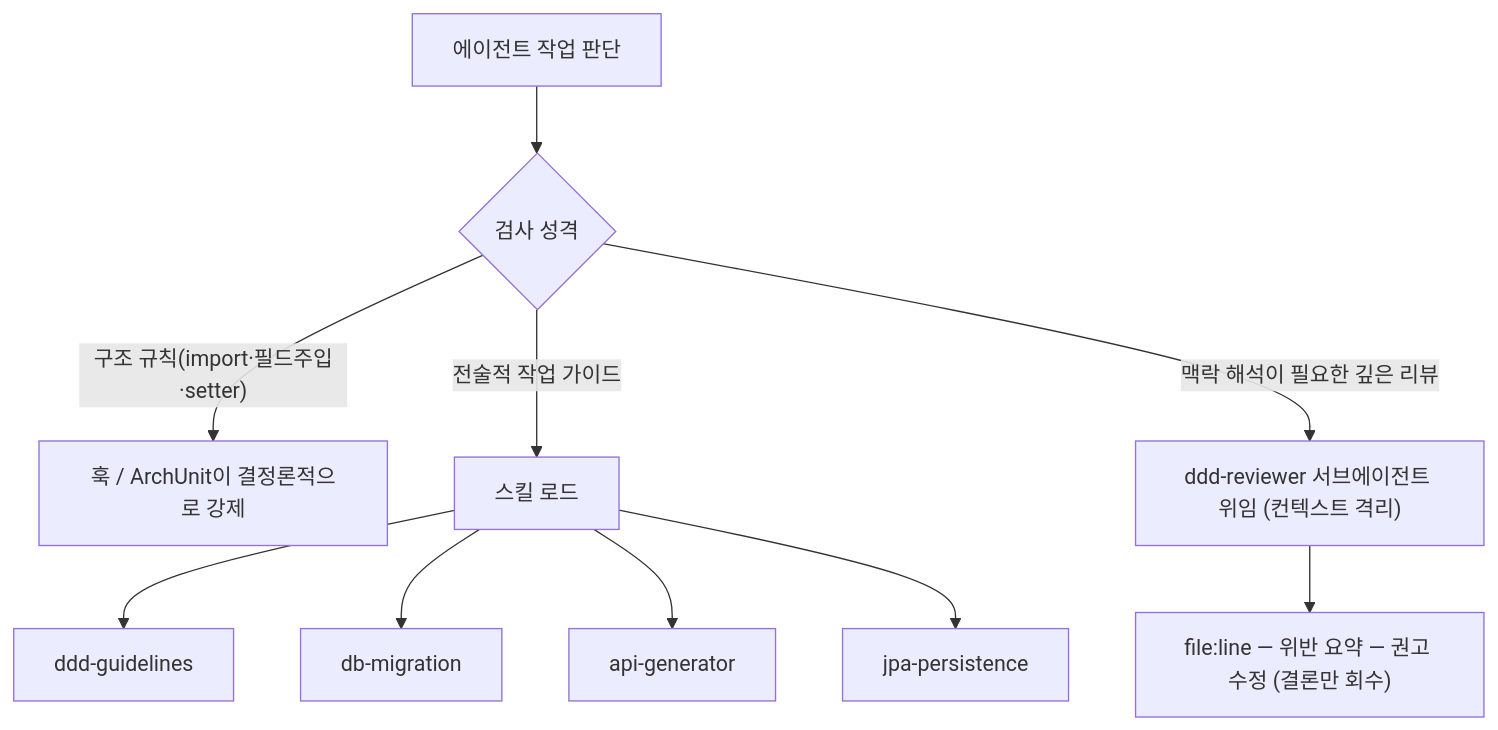
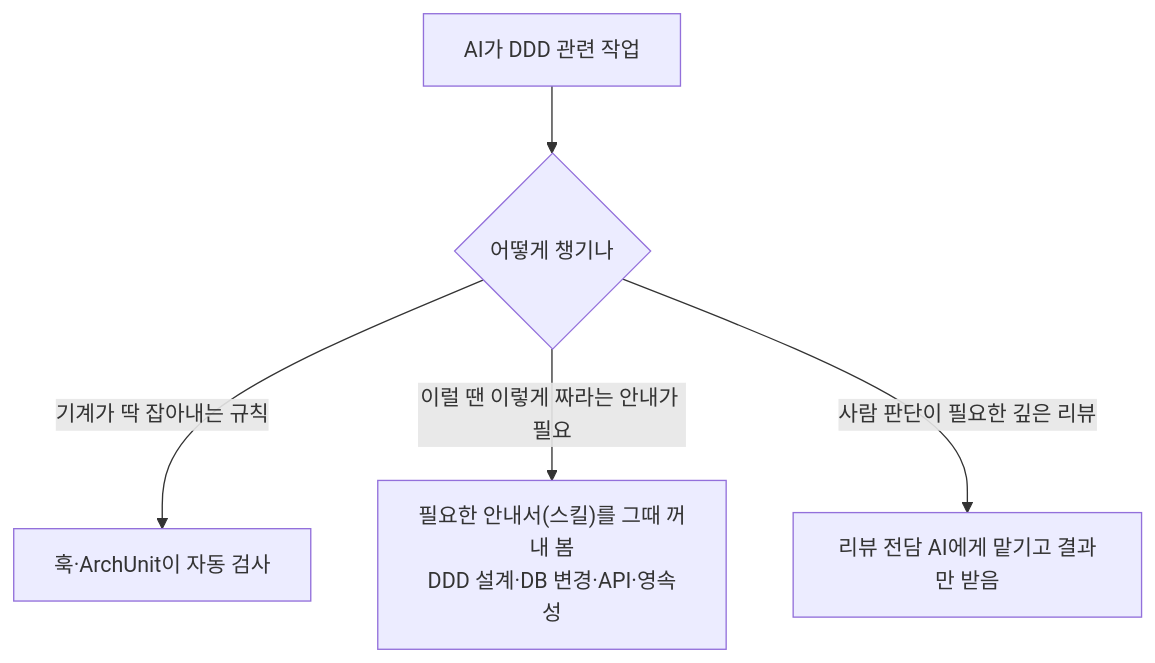
The third of 4 diagrams in README.md (HongJungWan/opinionated-harness-template), drawn with Mermaid before and after one commit. The commit also changed other lines of this file, not shown here.

First line of the commit message:
docs: Rewrite README diagrams in plain language for non-engineers (#5)

````diff
--- a/README.md
+++ b/README.md
@@ -112,12 +130,7 @@
 ```mermaid
 flowchart TD
-    A["에이전트 작업 판단"] --> B{"검사 성격"}
-    B -->|"구조 규칙(import·필드주입·setter)"| C["훅 / ArchUnit이 결정론적으로 강제"]
-    B -->|"전술적 작업 가이드"| D["스킬 로드"]
-    D --> D1["ddd-guidelines"]
-    D --> D2["db-migration"]
-    D --> D3["api-generator"]
-    D --> D4["jpa-persistence"]
-    B -->|"맥락 해석이 필요한 깊은 리뷰"| E["ddd-reviewer 서브에이전트 위임 (컨텍스트 격리)"]
-    E --> F["file:line — 위반 요약 — 권고 수정 (결론만 회수)"]
+    A["AI가 DDD 관련 작업"] --> B{"어떻게 챙기나"}
+    B -->|"기계가 딱 잡아내는 규칙"| C["훅·ArchUnit이 자동 검사"]
+    B -->|"이럴 땐 이렇게 짜라는 안내가 필요"| D["필요한 안내서(스킬)를 그때 꺼내 봄<br/>DDD 설계·DB 변경·API·영속성"]
+    B -->|"사람 판단이 필요한 깊은 리뷰"| E["리뷰 전담 AI에게 맡기고 결과만 받음"]
 ```
````
